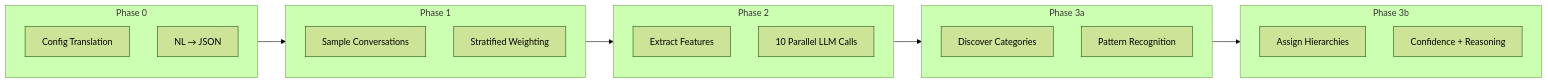
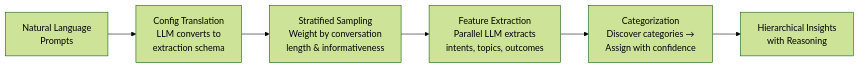
The first of 4 diagrams in README.md (ajmudaliar/insights-agent), drawn with Mermaid (forest theme) before and after one commit.

Commit message:
Refine pipeline diagram

````diff
--- a/README.md
+++ b/README.md
@@ -25,29 +25,9 @@
 ```mermaid
 flowchart LR
-    subgraph Phase0[Phase 0]
-        P0[Config Translation]
-        P0T[NL → JSON]
-    end
-
-    subgraph Phase1[Phase 1]
-        P1[Sample Conversations]
-        P1T[Stratified Weighting]
-    end
-
-    subgraph Phase2[Phase 2]
-        P2[Extract Features]
-        P2T[10 Parallel LLM Calls]
-    end
-
-    subgraph Phase3a[Phase 3a]
-        P3A[Discover Categories]
-        P3AT[Pattern Recognition]
-    end
-
-    subgraph Phase3b[Phase 3b]
-        P3B[Assign Hierarchies]
-        P3BT[Confidence + Reasoning]
-    end
-
-    Phase0 --> Phase1 --> Phase2 --> Phase3a --> Phase3b
+    NL[Natural Language<br/>Prompts]
+    --> P0[Config Translation<br/>LLM converts to<br/>extraction schema]
+    --> P1[Stratified Sampling<br/>Weight by conversation<br/>length & informativeness]
+    --> P2[Feature Extraction<br/>Parallel LLM extracts<br/>intents, topics, outcomes]
+    --> P3[Categorization<br/>Discover categories →<br/>Assign with confidence]
+    --> Results[Hierarchical Insights<br/>with Reasoning]
 ```
````
